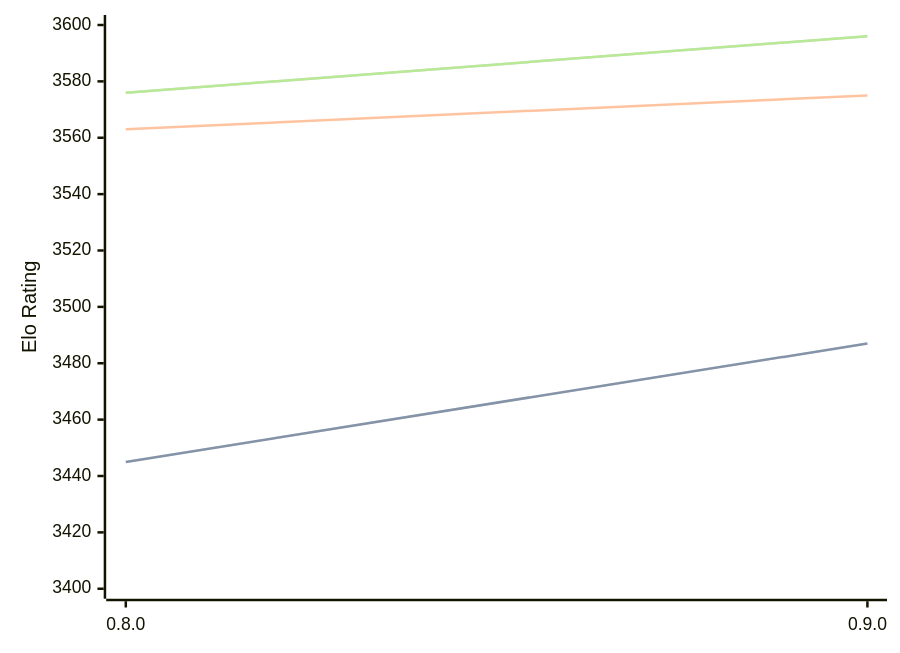
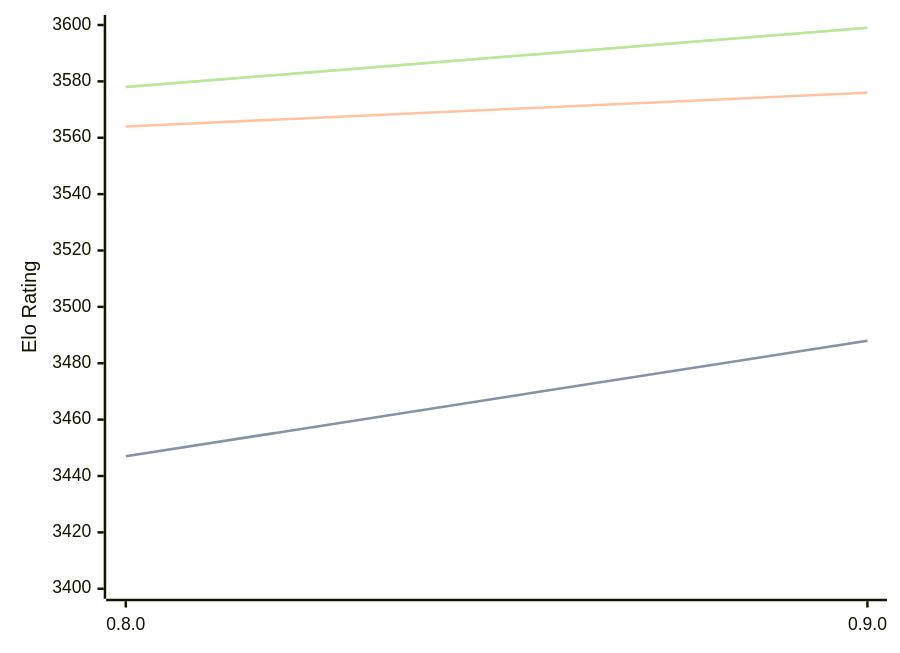
Before and after one commit to computer-chess-index/cci: the diagram in engines/Reckless.md, drawn with Mermaid. The commit also changed other lines of this file, not shown here.

Commit message:
Update CCI Ratings (ELO VLTC) - 2026-09-08

````diff
--- a/engines/Reckless.md
+++ b/engines/Reckless.md
@@ -32,11 +32,11 @@
 ```mermaid
 %%{init: {"theme":"base","themeVariables":{"seriesColors:['#a3a3a3','#222221','#faa371']}}}%%
 xychart-beta
   x-axis ["0.8.0", "0.9.0"]
   y-axis "Elo Rating" 3400 --> 3600
-  line "" [3445, 3487]
-  line "STC (8.0+0.08s)" [3445, 3487]
-  line "LTC (60.0+0.60s)" [3563, 3575]
-  line "" [3576, 3596]
-  line "VLTC (2m24s+1.12s)" [3576, 3596]
+  line "" [3447, 3488]
+  line "STC (8.0+0.08s)" [3447, 3488]
+  line "LTC (60.0+0.60s)" [3564, 3576]
+  line "" [3578, 3599]
+  line "VLTC (2m24s+1.12s)" [3578, 3599]
 ```
````
